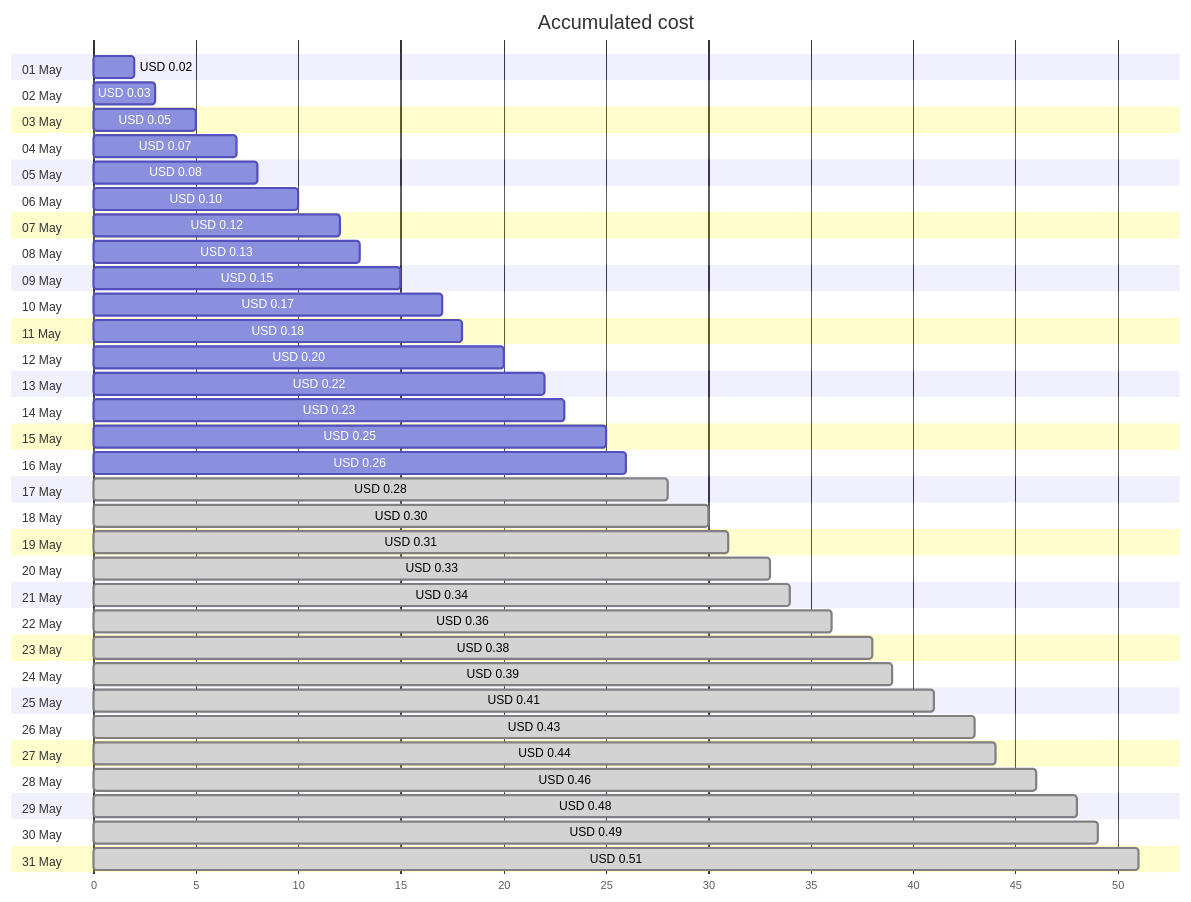
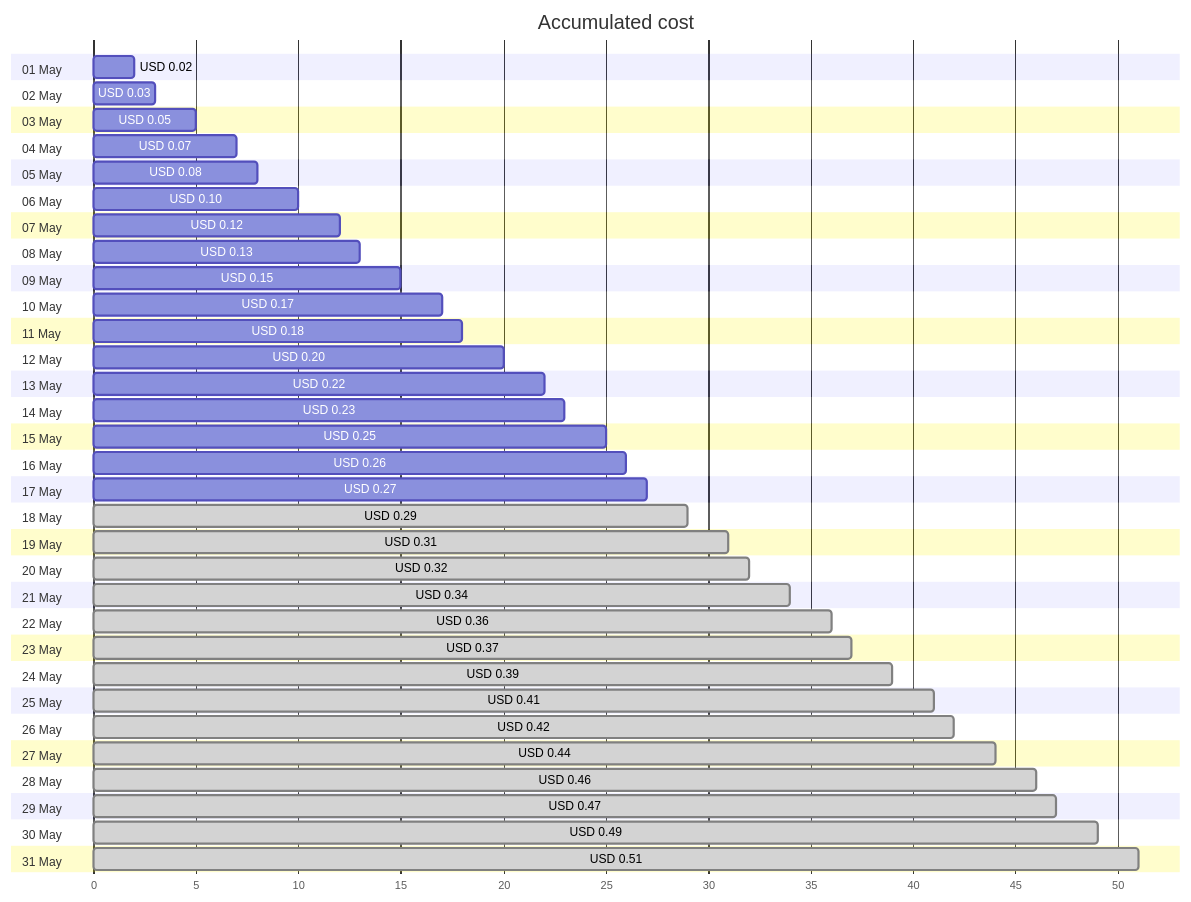
Before and after one commit to jpfulton/azure-personal-reports: the first of 4 diagrams in cost-reports/personal-dns/jpatrickfulton.dev.md, drawn with Mermaid. The commit also changed other lines of this file and 2 other files, not shown here.

````diff
--- a/cost-reports/personal-dns/jpatrickfulton.dev.md
+++ b/cost-reports/personal-dns/jpatrickfulton.dev.md
@@ -20,68 +20,68 @@
 ```mermaid
 gantt
    title Accumulated cost
    dateFormat  X
    axisFormat %s
    section 01 May
    USD 0.02 :0, 2
    section 02 May
    USD 0.03 :0, 3
    section 03 May
    USD 0.05 :0, 5
    section 04 May
    USD 0.07 :0, 7
    section 05 May
    USD 0.08 :0, 8
    section 06 May
    USD 0.10 :0, 10
    section 07 May
    USD 0.12 :0, 12
    section 08 May
    USD 0.13 :0, 13
    section 09 May
    USD 0.15 :0, 15
    section 10 May
    USD 0.17 :0, 17
    section 11 May
    USD 0.18 :0, 18
    section 12 May
    USD 0.20 :0, 20
    section 13 May
    USD 0.22 :0, 22
    section 14 May
    USD 0.23 :0, 23
    section 15 May
    USD 0.25 :0, 25
    section 16 May
    USD 0.26 :0, 26
    section 17 May
-   USD 0.28 : done, 0, 28
+   USD 0.27 :0, 27
    section 18 May
-   USD 0.30 : done, 0, 30
+   USD 0.29 : done, 0, 29
    section 19 May
    USD 0.31 : done, 0, 31
    section 20 May
-   USD 0.33 : done, 0, 33
+   USD 0.32 : done, 0, 32
    section 21 May
    USD 0.34 : done, 0, 34
    section 22 May
    USD 0.36 : done, 0, 36
    section 23 May
-   USD 0.38 : done, 0, 38
+   USD 0.37 : done, 0, 37
    section 24 May
    USD 0.39 : done, 0, 39
    section 25 May
    USD 0.41 : done, 0, 41
    section 26 May
-   USD 0.43 : done, 0, 43
+   USD 0.42 : done, 0, 42
    section 27 May
    USD 0.44 : done, 0, 44
    section 28 May
    USD 0.46 : done, 0, 46
    section 29 May
-   USD 0.48 : done, 0, 48
+   USD 0.47 : done, 0, 47
    section 30 May
    USD 0.49 : done, 0, 49
    section 31 May
    USD 0.51 : done, 0, 51
 ```
````
